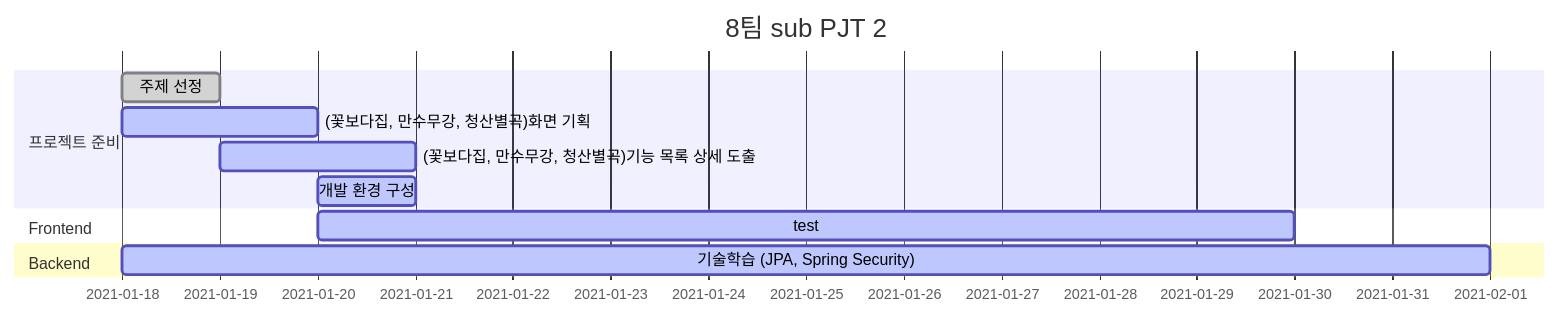
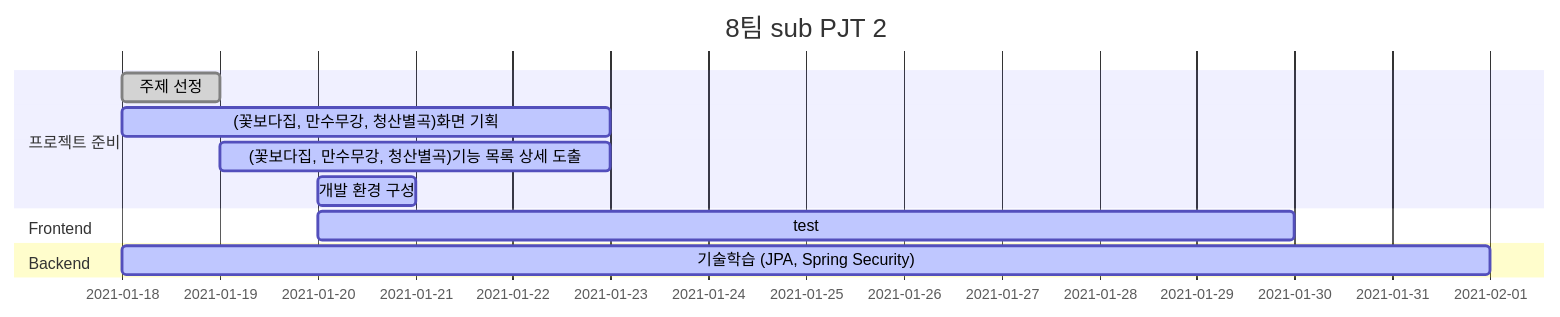
The diagram in README.md (mingddo/3PM), drawn with Mermaid before and after one commit.

````diff
--- a/README.md
+++ b/README.md
@@ -9,19 +9,19 @@
 ```mermaid
 gantt
     dateFormat  YYYY-MM-DD
     title       8팀 sub PJT 2
     %% excludes    weekends
     %% (`excludes` accepts specific dates in YYYY-MM-DD format, days of the week ("sunday") or "weekends", but not the word "weekdays".)
 
     section 프로젝트 준비
     주제 선정                  :done,    2021-01-18, 1d
-    (꽃보다집, 만수무강, 청산별곡)화면 기획                  :active,    2021-01-18, 2d
-    (꽃보다집, 만수무강, 청산별곡)기능 목록 상세 도출         :active,  2021-01-19, 2d
+    (꽃보다집, 만수무강, 청산별곡)화면 기획                  :active,    2021-01-18, 5d
+    (꽃보다집, 만수무강, 청산별곡)기능 목록 상세 도출         :active,  2021-01-19, 4d
     개발 환경 구성             :active,    2021-01-20, 1d
 
     section Frontend
     test  :active, 2021-01-20, 10d
 
     section Backend
     기술학습 (JPA, Spring Security)  :active, 2021-01-18, 14d
 ```
````
